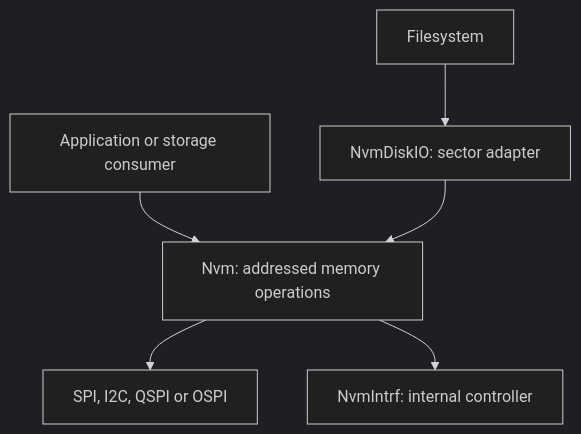
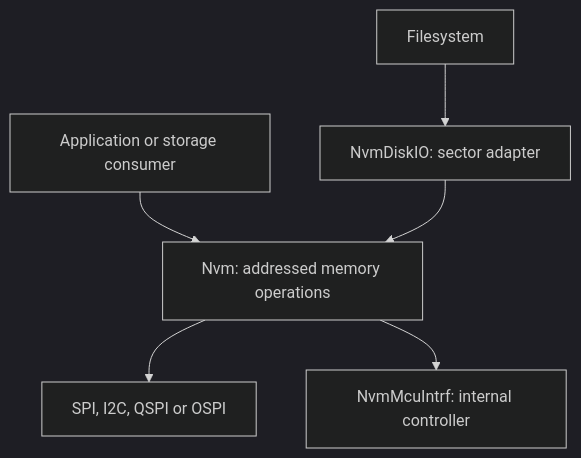
Before and after one commit to IOsonata/IOsonata: the diagram in docs/architecture/nvm.md, drawn with Mermaid (dark theme). The commit also changed other lines of this file and 83 other files, not shown here.

First line of the commit message:
USB MSC internal-flash disk and NVM/FatFs integration (#115)

````diff
--- a/docs/architecture/nvm.md
+++ b/docs/architecture/nvm.md
@@ -13,8 +13,8 @@
 ```mermaid
 flowchart TD
     Consumer["Application or storage consumer"] --> Nvm["Nvm: addressed memory operations"]
     Fs["Filesystem"] --> Disk["NvmDiskIO: sector adapter"]
     Disk --> Nvm
     Nvm --> Bus["SPI, I2C, QSPI or OSPI"]
-    Nvm --> Internal["NvmIntrf: internal controller"]
+    Nvm --> Internal["NvmMcuIntrf: internal controller"]
 ```
````
